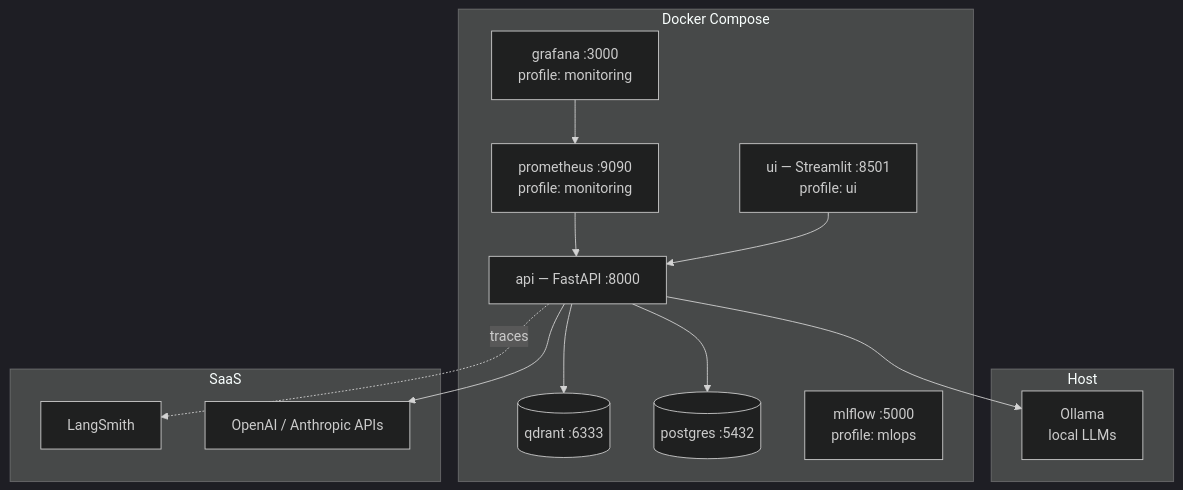
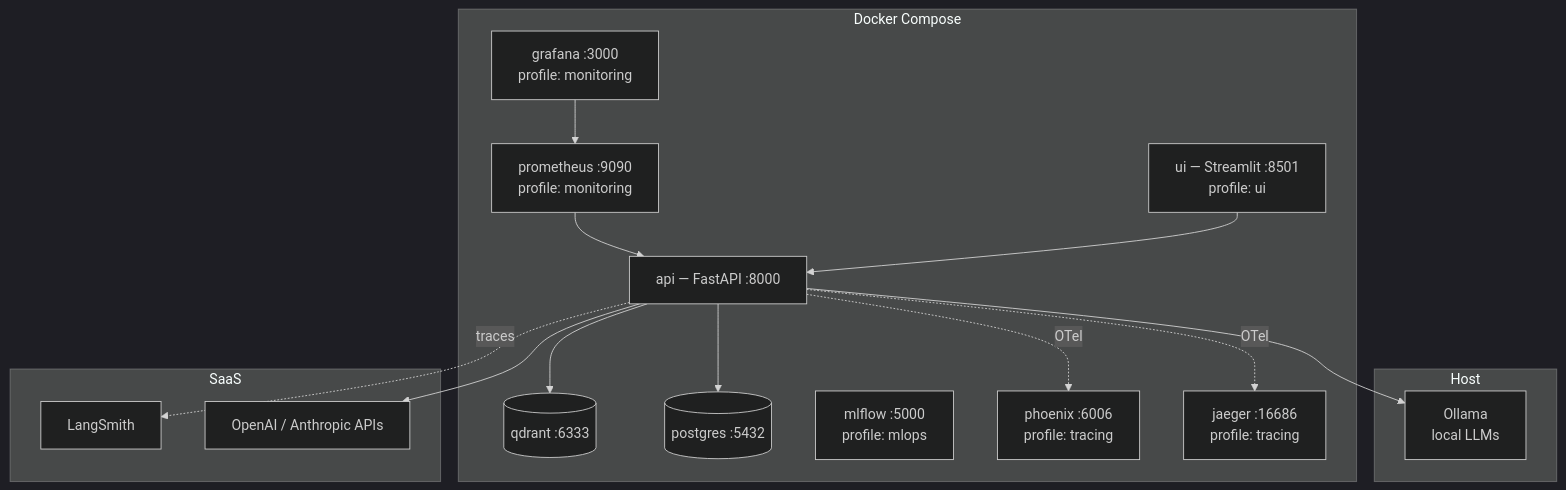
One commit to Os-De/agentic-rag-platform changed the first of 3 diagrams in docs/01-architecture.md. Above: the diagram before and after it, drawn with Mermaid (dark theme). The commit also changed other lines of this file and 9 other files, not shown here.

````diff
--- a/docs/01-architecture.md
+++ b/docs/01-architecture.md
@@ -9,26 +9,29 @@
 ```mermaid
 flowchart TB
     subgraph Host
         OLLAMA[Ollama\nlocal LLMs]
     end
     subgraph Compose["Docker Compose"]
         API[api — FastAPI :8000]
         QD[(qdrant :6333)]
         PG[(postgres :5432)]
         UI[ui — Streamlit :8501\nprofile: ui]
         PROM[prometheus :9090\nprofile: monitoring]
         GRAF[grafana :3000\nprofile: monitoring]
         MLF[mlflow :5000\nprofile: mlops]
+        PHX[phoenix :6006\nprofile: tracing]
+        JAE[jaeger :16686\nprofile: tracing]
     end
     subgraph SaaS
         LS[LangSmith]
         OAI[OpenAI / Anthropic APIs]
     end
     UI --> API
     API --> QD & PG
     API --> OLLAMA
     API --> OAI
     API -.traces.-> LS
+    API -.OTel.-> PHX & JAE
     PROM --> API
     GRAF --> PROM
 ```
````
